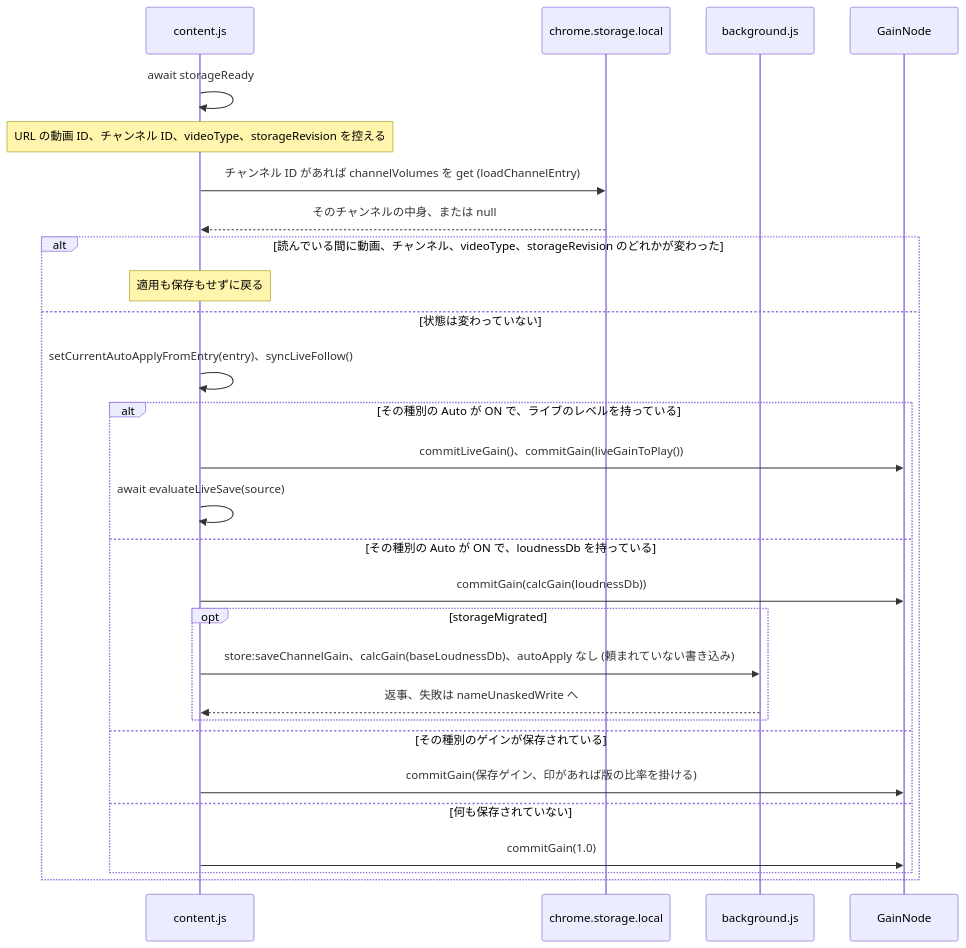
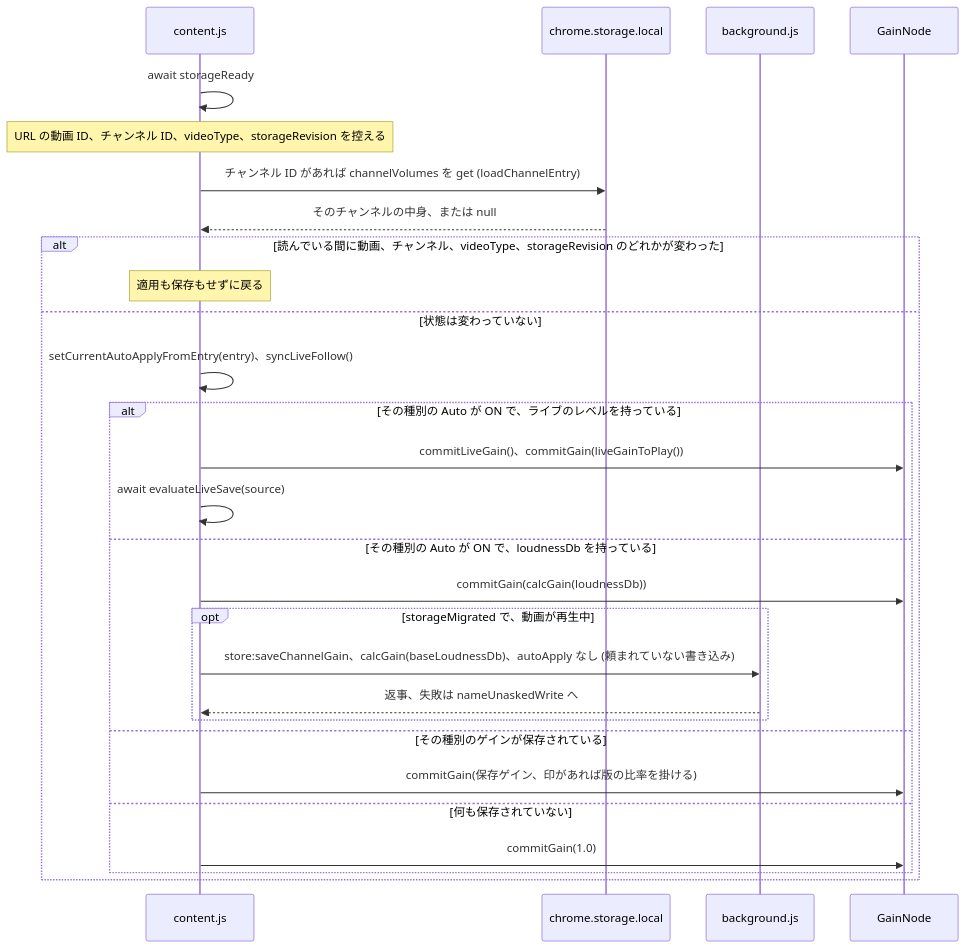
One commit to semnil/yt-channel-volume changed the second of 14 diagrams in docs/gain-change-and-save.ja.md. Above: the diagram before and after it, drawn with Mermaid. The commit also changed other lines of this file and 5 other files, not shown here.

````diff
--- a/docs/gain-change-and-save.ja.md
+++ b/docs/gain-change-and-save.ja.md
@@ -120,30 +120,30 @@
 ```mermaid
 sequenceDiagram
   participant C as content.js
   participant S as chrome.storage.local
   participant W as background.js
   participant G as GainNode
   C->>C: await storageReady
   Note over C: URL の動画 ID、チャンネル ID、videoType、storageRevision を控える
   C->>S: チャンネル ID があれば channelVolumes を get (loadChannelEntry)
   S-->>C: そのチャンネルの中身、または null
   alt 読んでいる間に動画、チャンネル、videoType、storageRevision のどれかが変わった
     Note over C: 適用も保存もせずに戻る
   else 状態は変わっていない
     C->>C: setCurrentAutoApplyFromEntry(entry)、syncLiveFollow()
     alt その種別の Auto が ON で、ライブのレベルを持っている
       C->>G: commitLiveGain()、commitGain(liveGainToPlay())
       C->>C: await evaluateLiveSave(source)
     else その種別の Auto が ON で、loudnessDb を持っている
       C->>G: commitGain(calcGain(loudnessDb))
-      opt storageMigrated
+      opt storageMigrated で、動画が再生中
         C->>W: store:saveChannelGain、calcGain(baseLoudnessDb)、autoApply なし (頼まれていない書き込み)
         W-->>C: 返事、失敗は nameUnaskedWrite へ
       end
     else その種別のゲインが保存されている
       C->>G: commitGain(保存ゲイン、印があれば版の比率を掛ける)
     else 何も保存されていない
       C->>G: commitGain(1.0)
     end
   end
 ```
````
